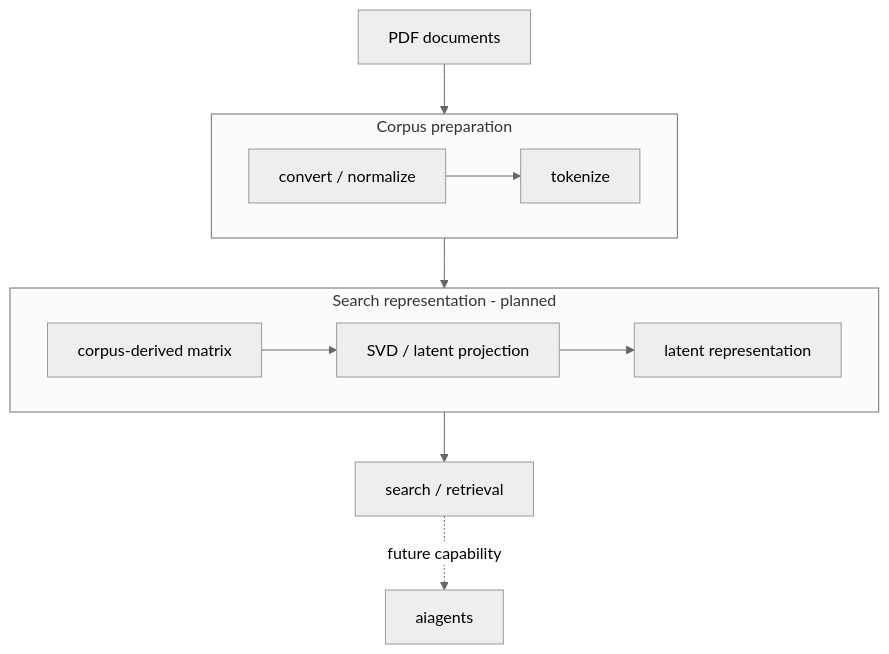
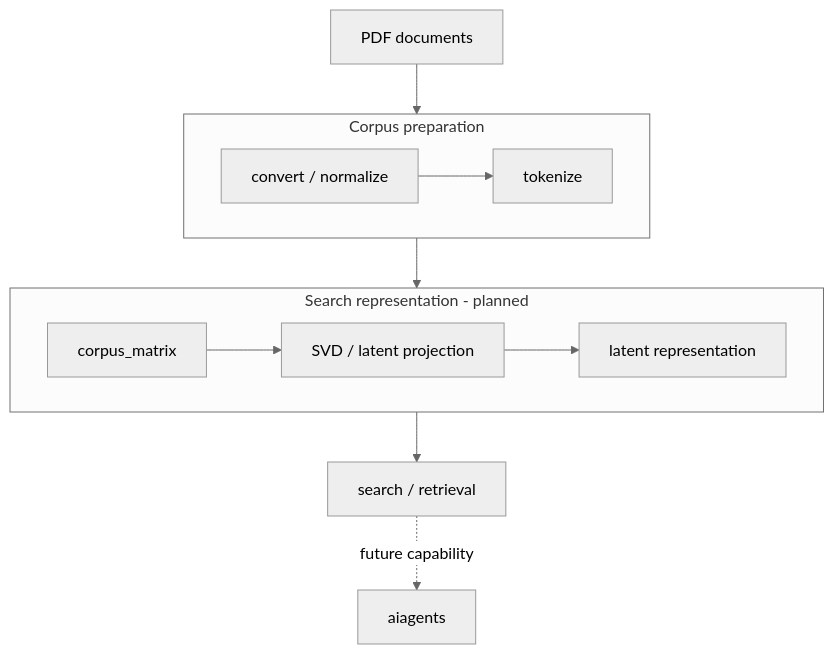
The third of 6 diagrams in README.md (witold-k/witold-k), drawn with Mermaid (neutral theme) before and after one commit. The commit also changed other lines of this file, not shown here.

Commit message:
Add corpus_matrix to project overview

````diff
--- a/README.md
+++ b/README.md
@@ -45,19 +46,19 @@
 ```mermaid
 flowchart TB
     PDF[PDF documents]
 
     subgraph PREP[Corpus preparation]
         direction LR
         CONVERT[convert / normalize] --> TOKENS[tokenize]
     end
 
     subgraph SEARCH[Search representation - planned]
         direction LR
-        MATRIX[corpus-derived matrix] --> LSA[SVD / latent projection] --> LATENT[latent representation]
+        MATRIX[corpus_matrix] --> LSA[SVD / latent projection] --> LATENT[latent representation]
     end
 
     PDF --> CONVERT
     TOKENS --> MATRIX
     LATENT --> RETRIEVE[search / retrieval]
     RETRIEVE -.->|future capability| AGENT[aiagents]
 ```
````
